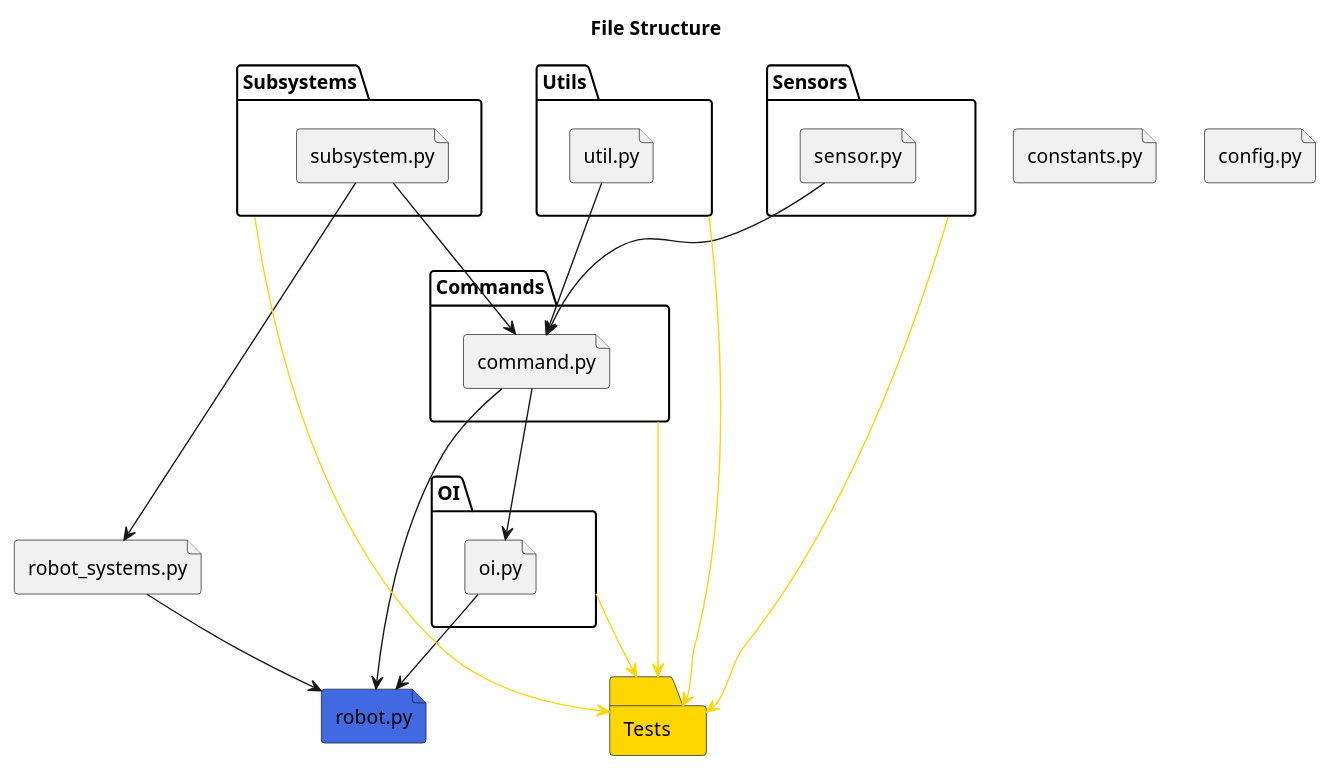
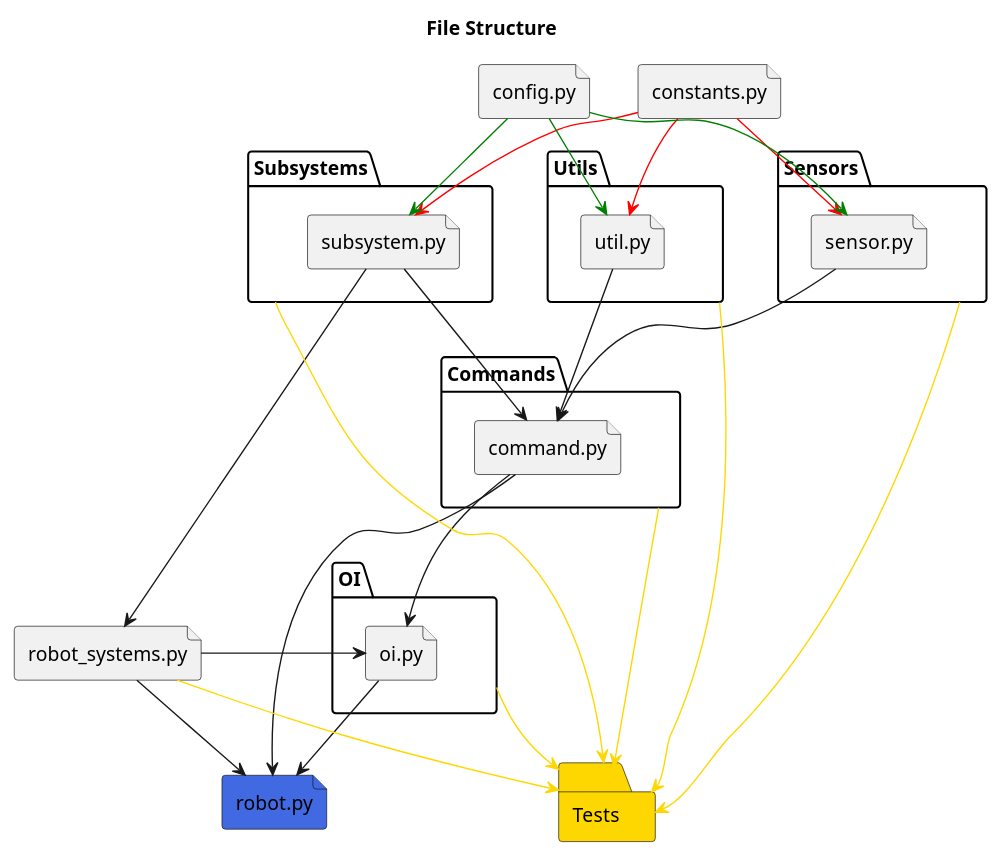
Before and after one commit to Choate-Robotics/Programming-SOPs: the diagram in docs/code/file_structure.puml, drawn with PlantUML. The commit also changed 3 other files, not shown here.

```diff
--- a/docs/code/file_structure.puml
+++ b/docs/code/file_structure.puml
@@ -1,42 +1,53 @@
 @startuml file_structure
 
 title File Structure
 
 folder Subsystems {
     file subsystem.py
 }
 folder Sensors {
     file sensor.py
 }
 folder Utils {
     file util.py
 }
 folder Commands {
     file command.py
 }
 folder OI {
     file oi.py
 }
 folder Tests #Gold
 file constants.py
 file config.py
 file robot.py #RoyalBlue
 file robot_systems.py
 
 subsystem.py -down-> robot_systems.py
 robot_systems.py -down-> robot.py
 subsystem.py -down-> command.py
 util.py -down-> command.py
 sensor.py -down-> command.py
 command.py -down-> oi.py
+robot_systems.py -> oi.py
 command.py -down-> robot.py
 oi.py -down-> robot.py
 
 
 Subsystems -> Tests #Gold
 Commands -> Tests #Gold
 Sensors -> Tests #Gold
 OI -down-> Tests #Gold
 Utils -> Tests #Gold
+robot_systems.py -right-> Tests #Gold
+
+constants.py -down-> subsystem.py #Red
+constants.py -down-> util.py #Red
+constants.py -down-> sensor.py #Red
+
+config.py -down-> subsystem.py #Green
+config.py -down-> util.py #Green
+config.py -down-> sensor.py #Green
+
 
 @enduml
```
